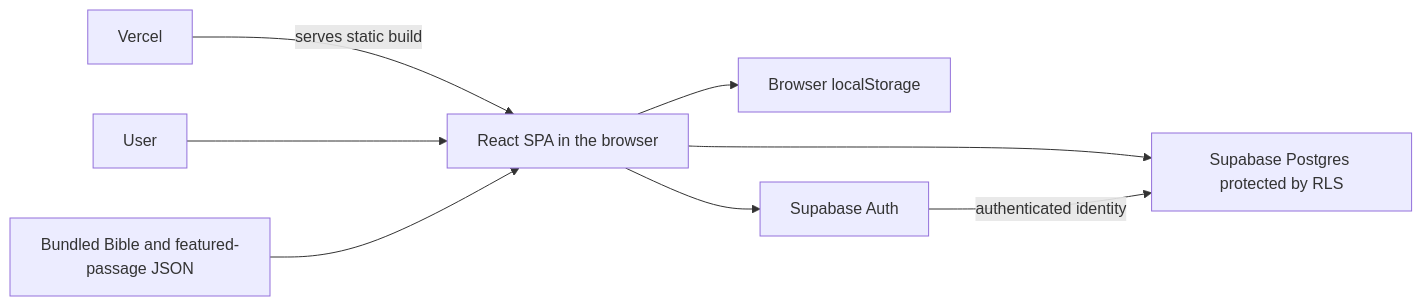
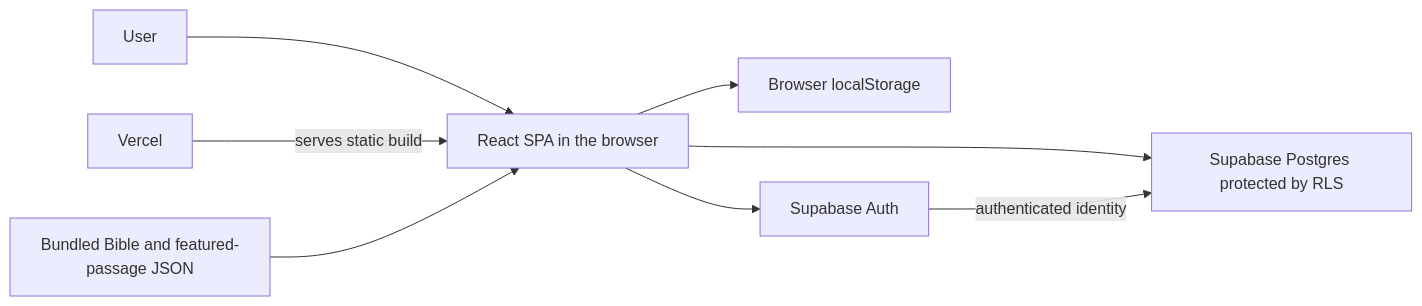
One commit to eirikenriquez/The-Word-per-Minute changed the first of 4 diagrams in docs/architecture.md. Above: the diagram before and after it, drawn with Mermaid. The commit also changed other lines of this file and 2 other files, not shown here.

Commit message:
Update architecture documentation

````diff
--- a/docs/architecture.md
+++ b/docs/architecture.md
@@ -33,10 +40,10 @@
 ```mermaid
 flowchart LR
-  vercel["Vercel"] -->|serves static build| browser["React SPA in the browser"]
-  user["User"] --> browser
+  user["User"] --> browser["React SPA in the browser"]
+  vercel["Vercel"] -->|serves static build| browser
   content["Bundled Bible and featured-passage JSON"] --> browser
   browser --> local["Browser localStorage"]
   browser --> auth["Supabase Auth"]
   browser --> database["Supabase Postgres protected by RLS"]
   auth -->|authenticated identity| database
 ```
````
